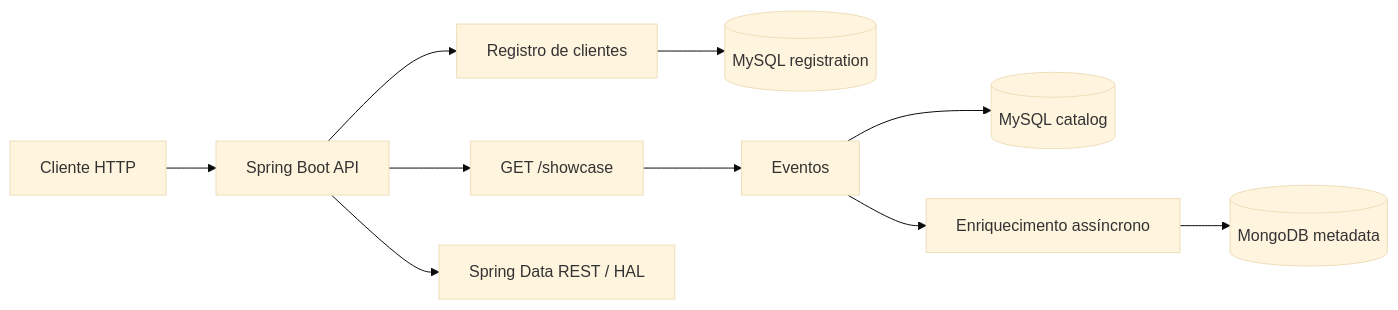
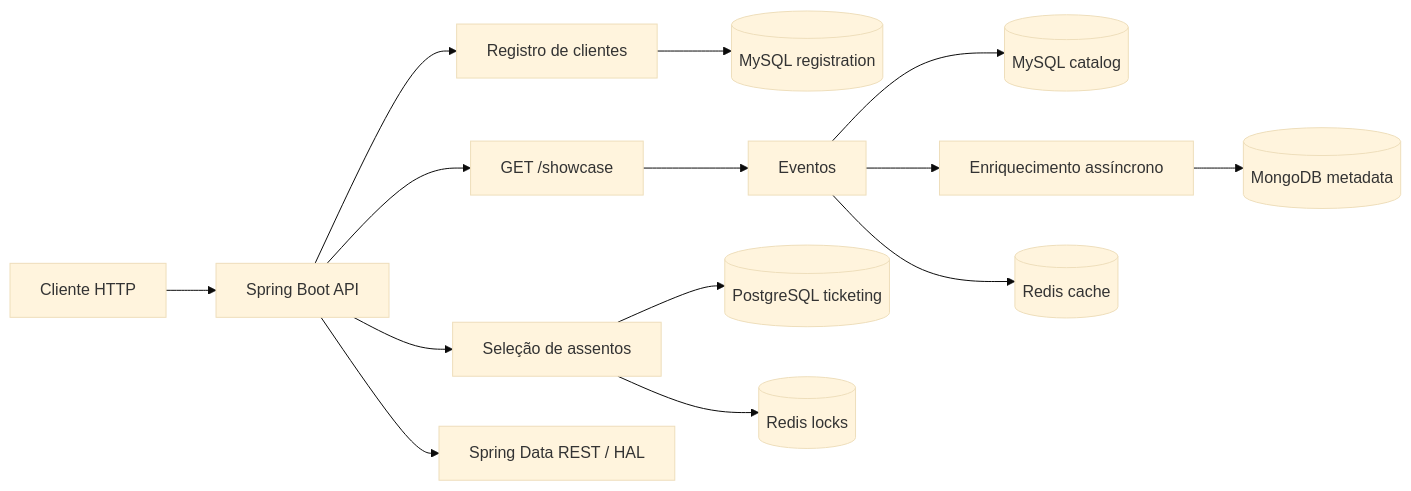
Before and after one commit to RicardoHaranoP/marketplace: the diagram in README.md, drawn with Mermaid (base theme). The commit also changed other lines of this file, not shown here.

````diff
--- a/README.md
+++ b/README.md
@@ -41,12 +41,16 @@
 ```mermaid
 flowchart LR
   Cliente[Cliente HTTP] --> API[Spring Boot API]
   API --> Reg[Registro de clientes]
   API --> Showcase[GET /showcase]
+  API --> Ticketing[Seleção de assentos]
   Reg --> MySQLReg[(MySQL registration)]
   Showcase --> Catalogo[Eventos]
   Catalogo --> MySQLCatalog[(MySQL catalog)]
   Catalogo --> Enricher[Enriquecimento assíncrono]
   Enricher --> Mongo[(MongoDB metadata)]
+  Ticketing --> PostgreSQL[(PostgreSQL ticketing)]
+  Ticketing --> RedisLock[(Redis locks)]
+  Catalogo --> RedisCache[(Redis cache)]
   API --> HAL[Spring Data REST / HAL]
 ```
````
